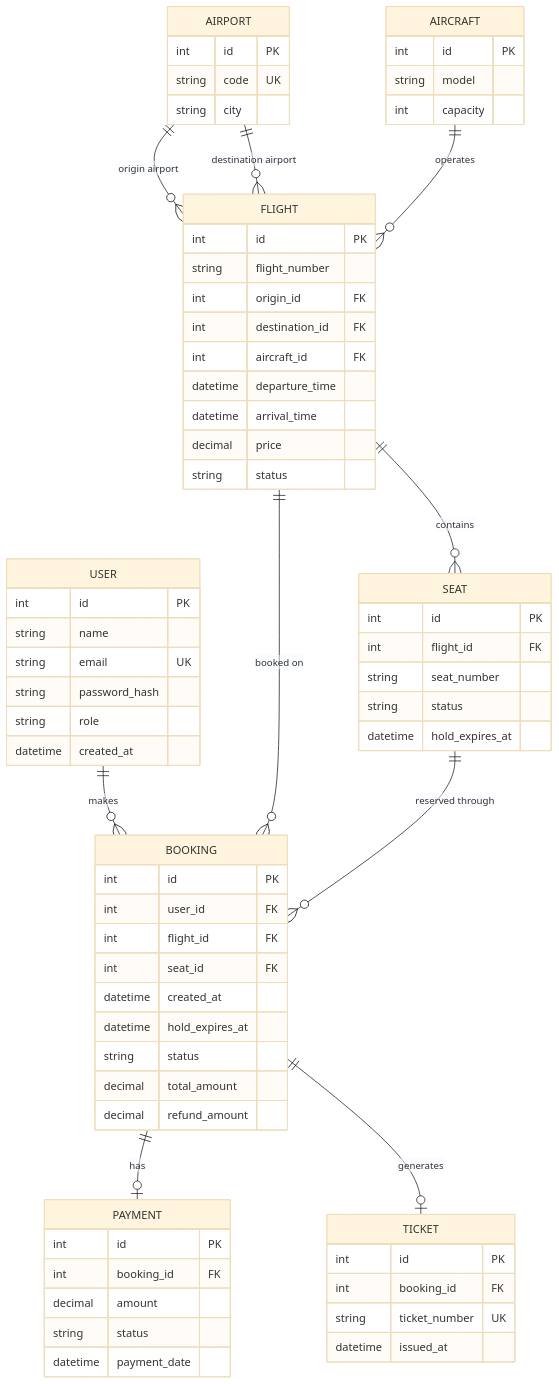
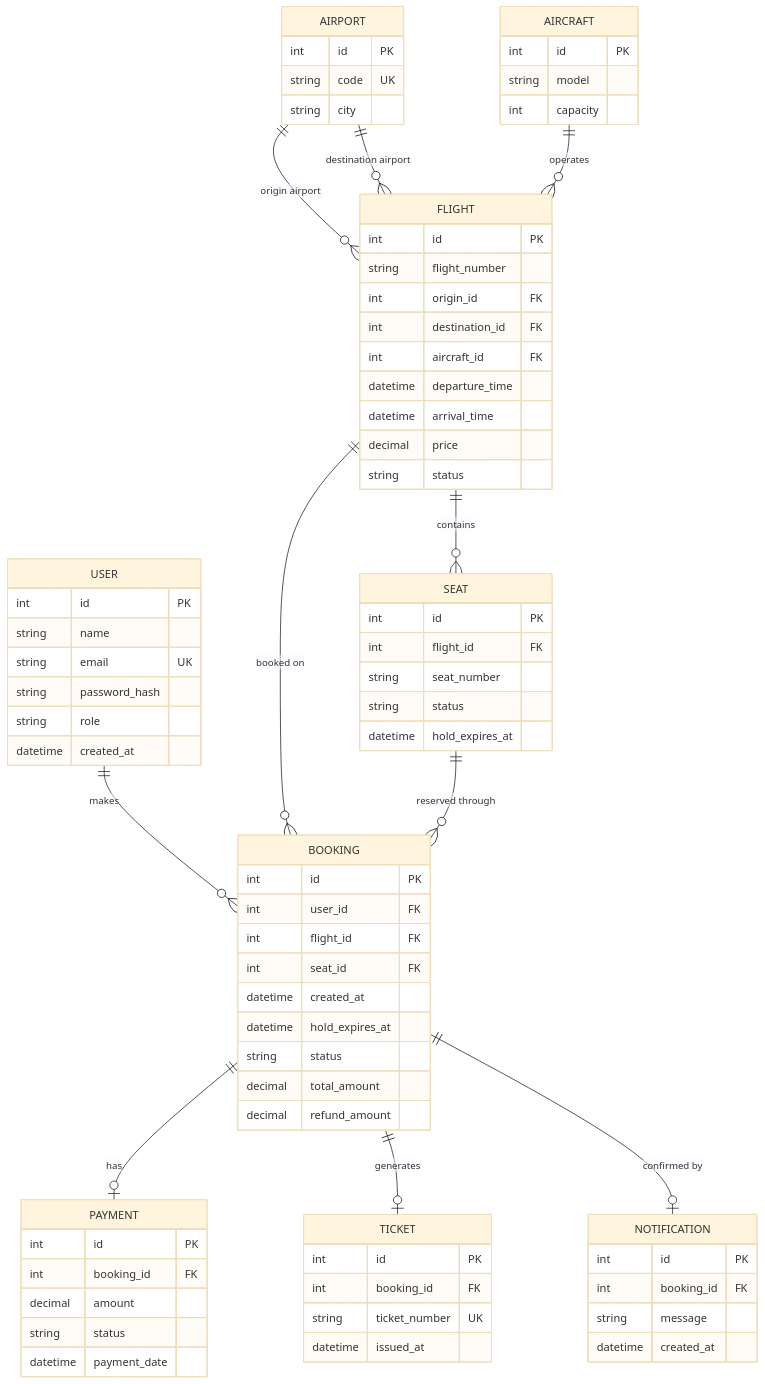
Before and after one commit to AbdalslamBondoq/Software-project-Flight-Booking-System: the diagram in uml/erd.md, drawn with Mermaid (base theme). The commit also changed other lines of this file, not shown here.

First line of the commit message:
docs: add NOTIFICATION entity to the ERD

````diff
--- a/uml/erd.md
+++ b/uml/erd.md
@@ -27,6 +27,7 @@
 
     BOOKING ||--o| PAYMENT : has
     BOOKING ||--o| TICKET : generates
+    BOOKING ||--o| NOTIFICATION : "confirmed by"
 
     USER {
         int id PK
@@ -95,4 +96,11 @@
         string ticket_number UK
         datetime issued_at
     }
+
+    NOTIFICATION {
+        int id PK
+        int booking_id FK
+        string message
+        datetime created_at
+    }
 ```
````
